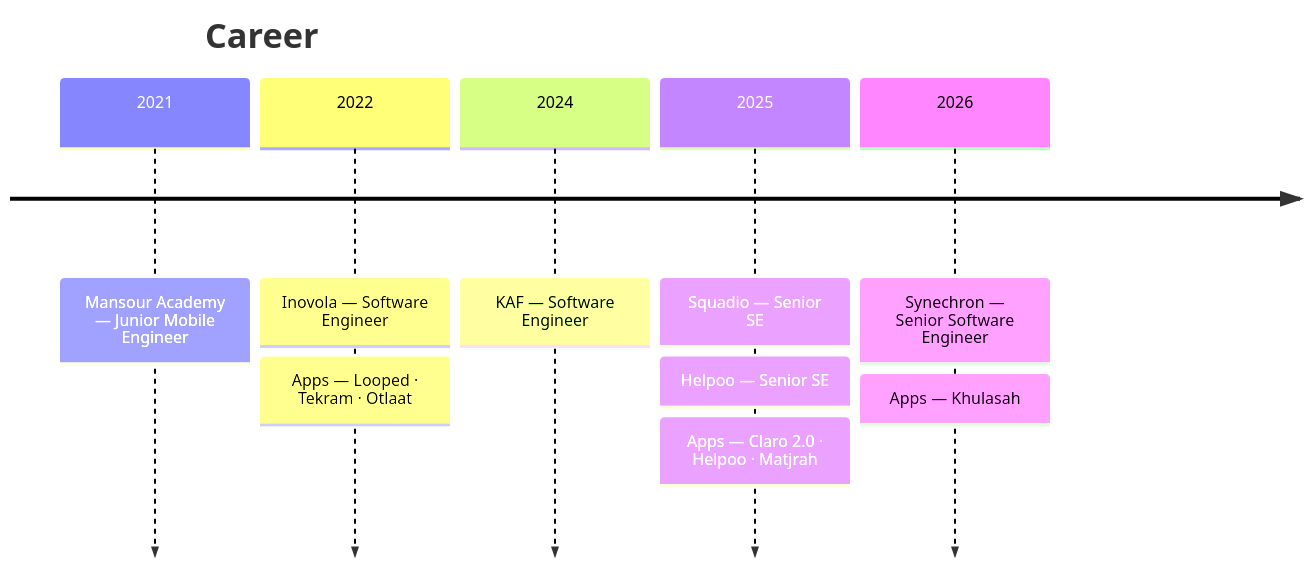
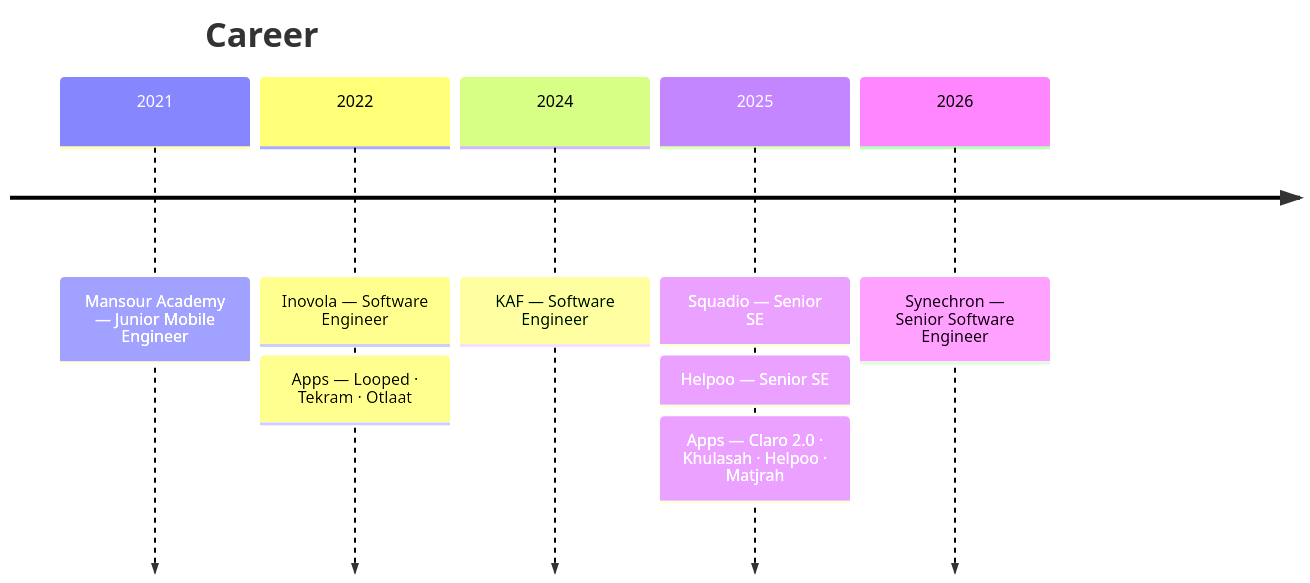
One commit to ehaborae/ehaborae changed the diagram in README.md. Above: the diagram before and after it, drawn with Mermaid.

Commit message:
fix: attribute Khulasah to Squadio (2025) per author

````diff
--- a/README.md
+++ b/README.md
@@ -81,9 +81,9 @@
 ```mermaid
 timeline
     title Career
     2021 : Mansour Academy — Junior Mobile Engineer
     2022 : Inovola — Software Engineer : Apps — Looped · Tekram · Otlaat
     2024 : KAF — Software Engineer
-    2025 : Squadio — Senior SE : Helpoo — Senior SE : Apps — Claro 2.0 · Helpoo · Matjrah
-    2026 : Synechron — Senior Software Engineer : Apps — Khulasah
+    2025 : Squadio — Senior SE : Helpoo — Senior SE : Apps — Claro 2.0 · Khulasah · Helpoo · Matjrah
+    2026 : Synechron — Senior Software Engineer
 ```
````
